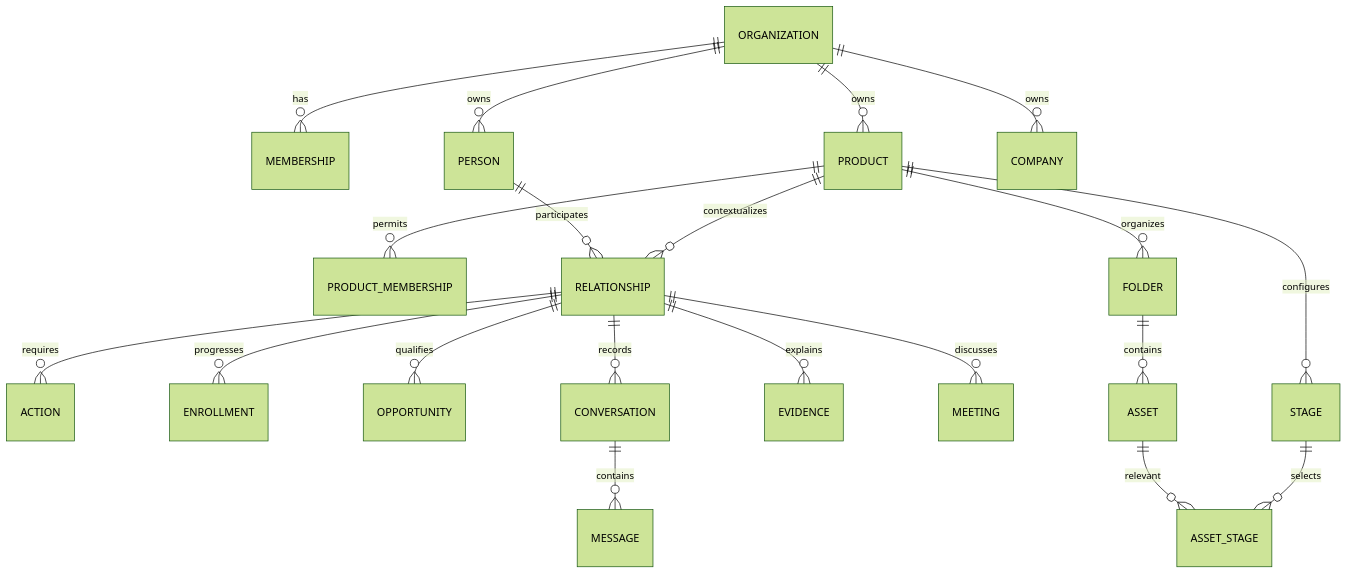
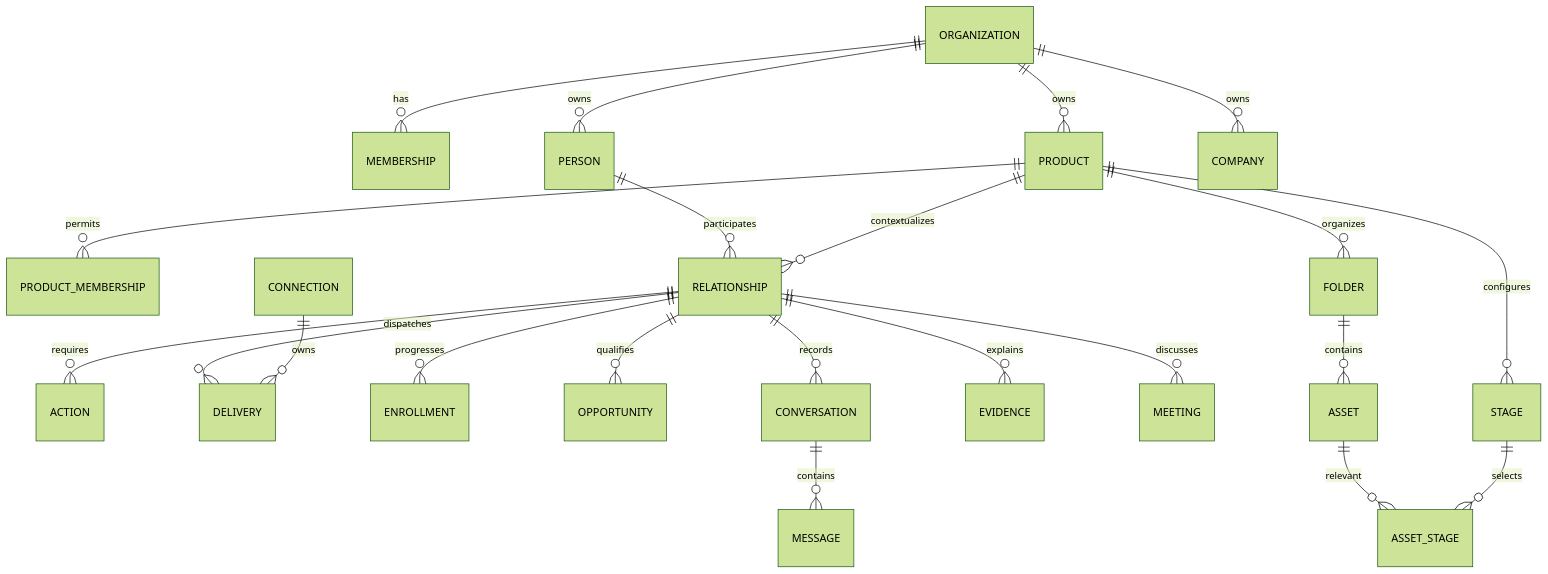
The diagram in docs/architecture.md (Noveum/gravity), drawn with Mermaid (forest theme) before and after one commit. The commit also changed other lines of this file and 36 other files, not shown here.

````diff
--- a/docs/architecture.md
+++ b/docs/architecture.md
@@ -5,22 +5,24 @@
 ```mermaid
 erDiagram
   ORGANIZATION ||--o{ MEMBERSHIP : has
   ORGANIZATION ||--o{ PRODUCT : owns
   ORGANIZATION ||--o{ PERSON : owns
   ORGANIZATION ||--o{ COMPANY : owns
   PRODUCT ||--o{ PRODUCT_MEMBERSHIP : permits
   PERSON ||--o{ RELATIONSHIP : participates
   PRODUCT ||--o{ RELATIONSHIP : contextualizes
   RELATIONSHIP ||--o{ ACTION : requires
+  RELATIONSHIP ||--o{ DELIVERY : dispatches
+  CONNECTION ||--o{ DELIVERY : owns
   RELATIONSHIP ||--o{ ENROLLMENT : progresses
   RELATIONSHIP ||--o{ OPPORTUNITY : qualifies
   RELATIONSHIP ||--o{ CONVERSATION : records
   CONVERSATION ||--o{ MESSAGE : contains
   RELATIONSHIP ||--o{ EVIDENCE : explains
   RELATIONSHIP ||--o{ MEETING : discusses
   PRODUCT ||--o{ STAGE : configures
   PRODUCT ||--o{ FOLDER : organizes
   FOLDER ||--o{ ASSET : contains
   ASSET ||--o{ ASSET_STAGE : relevant
   STAGE ||--o{ ASSET_STAGE : selects
 ```
````
